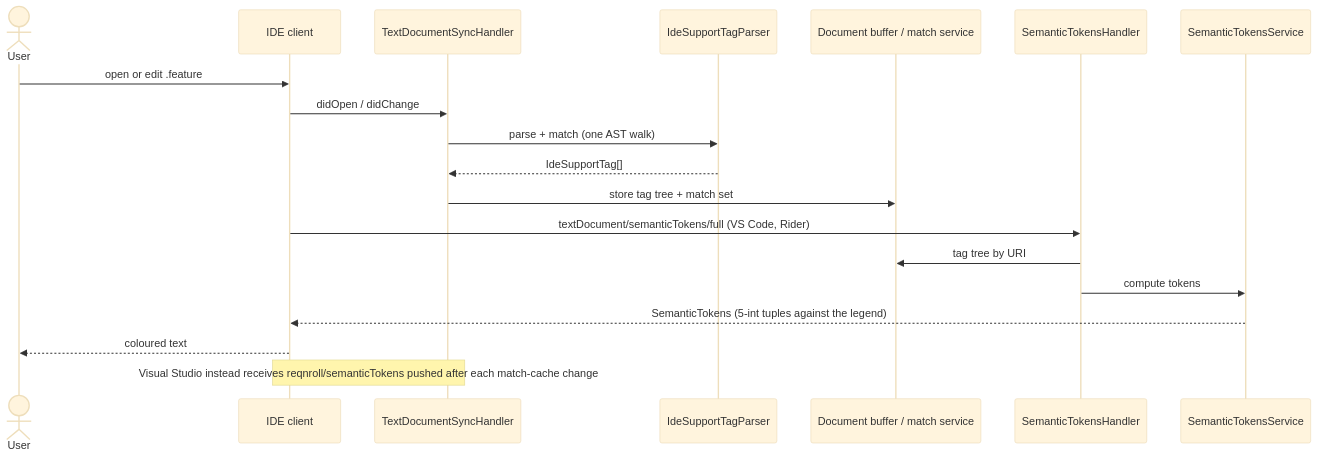
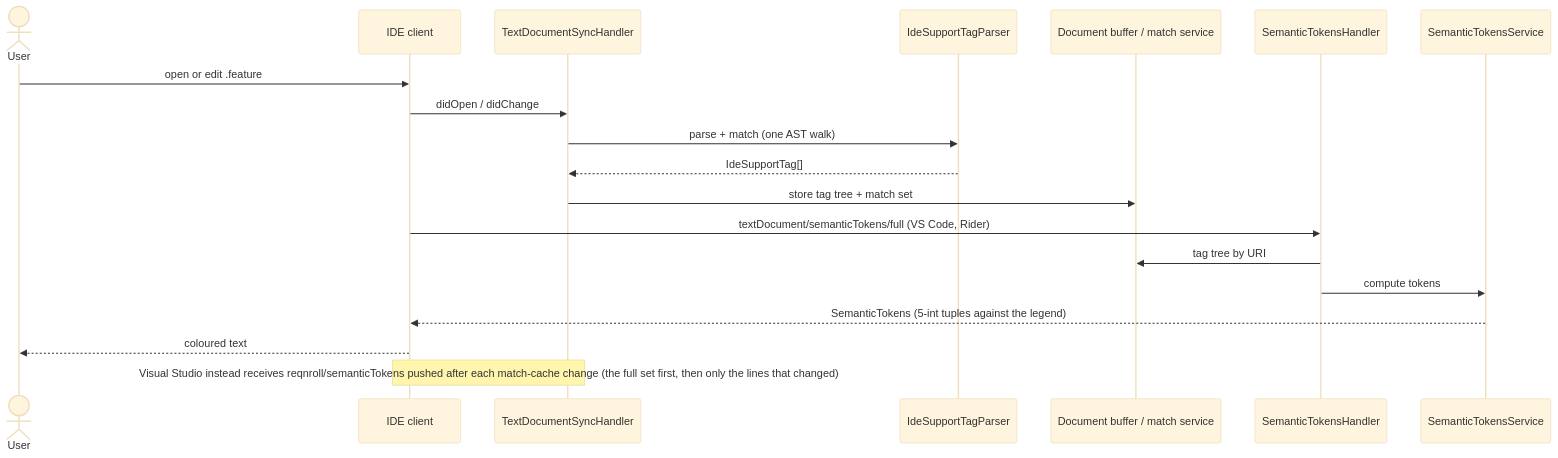
Before and after one commit to reqnroll/Reqnroll.IdeSupport: the second of 2 diagrams in docs/features/syntax-highlighting.md, drawn with Mermaid (base theme). The commit also changed 20 other files, not shown here.

First line of the commit message:
perf(visualstudio): push only the changed lines of semantic tokens

````diff
--- a/docs/features/syntax-highlighting.md
+++ b/docs/features/syntax-highlighting.md
@@ -28,22 +28,22 @@
 ```mermaid
 sequenceDiagram
     actor U as User
     participant C as IDE client
     participant TDS as TextDocumentSyncHandler
     participant P as IdeSupportTagParser
     participant DB as Document buffer / match service
     participant H as SemanticTokensHandler
     participant S as SemanticTokensService
 
     U->>C: open or edit .feature
     C->>TDS: didOpen / didChange
     TDS->>P: parse + match (one AST walk)
     P-->>TDS: IdeSupportTag[]
     TDS->>DB: store tag tree + match set
     C->>H: textDocument/semanticTokens/full (VS Code, Rider)
     H->>DB: tag tree by URI
     H->>S: compute tokens
     S-->>C: SemanticTokens (5-int tuples against the legend)
     C-->>U: coloured text
-    Note over TDS,C: Visual Studio instead receives reqnroll/semanticTokens pushed after each match-cache change
+    Note over TDS,C: Visual Studio instead receives reqnroll/semanticTokens pushed after each match-cache change (the full set first, then only the lines that changed)
 ```
````
